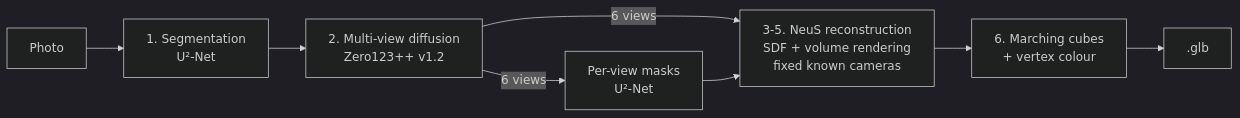
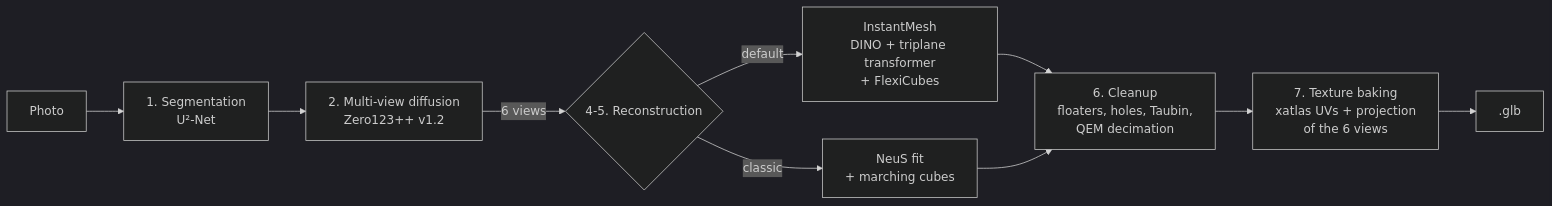
The diagram in backend/README.md (Kareemwafaa/Image-to-3D-mesh), drawn with Mermaid (dark theme) before and after one commit. The commit also changed other lines of this file and 22 other files, not shown here.

First line of the commit message:
Add InstantMesh reconstruction, mesh cleanup and texture baking

````diff
--- a/backend/README.md
+++ b/backend/README.md
@@ -8,10 +11,12 @@
 ```mermaid
 flowchart LR
     A[Photo] --> B["1. Segmentation<br/>U²-Net"]
     B --> C["2. Multi-view diffusion<br/>Zero123++ v1.2"]
-    C -->|6 views| D["Per-view masks<br/>U²-Net"]
-    C -->|6 views| E
-    D --> E["3-5. NeuS reconstruction<br/>SDF + volume rendering<br/>fixed known cameras"]
-    E --> F["6. Marching cubes<br/>+ vertex colour"]
-    F --> G[.glb]
+    C -->|6 views| R{"4-5. Reconstruction"}
+    R -->|default| IM["InstantMesh<br/>DINO + triplane transformer<br/>+ FlexiCubes"]
+    R -->|classic| NS["NeuS fit<br/>+ marching cubes"]
+    IM --> CL["6. Cleanup<br/>floaters, holes, Taubin,<br/>QEM decimation"]
+    NS --> CL
+    CL --> TX["7. Texture baking<br/>xatlas UVs + projection<br/>of the 6 views"]
+    TX --> G[.glb]
 ```
````
